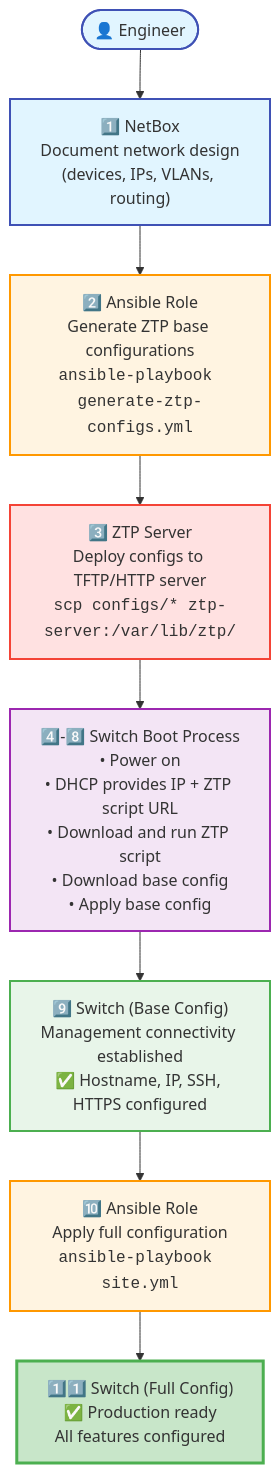
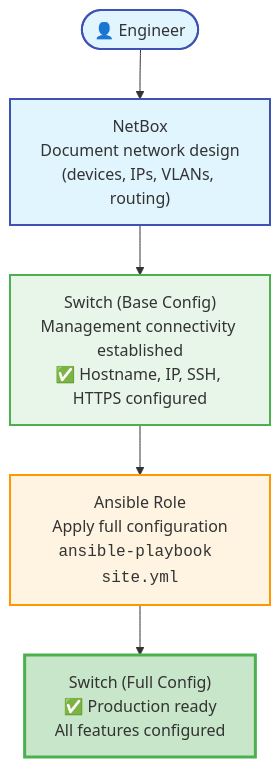
One commit to aopdal/ansible-role-aruba-cx-switch changed the second of 3 diagrams in docs/AUTOMATION_ECOSYSTEM.md. Above: the diagram before and after it, drawn with Mermaid. The commit also changed other lines of this file and 19 other files, not shown here.

````diff
--- a/docs/AUTOMATION_ECOSYSTEM.md
+++ b/docs/AUTOMATION_ECOSYSTEM.md
@@ -434,25 +340,16 @@
 ```mermaid
 graph TB
-    Start([👤 Engineer]) --> NB1["1️⃣ NetBox<br/>Document network design<br/>(devices, IPs, VLANs, routing)"]
+    Start([👤 Engineer]) --> NB1["NetBox<br/>Document network design<br/>(devices, IPs, VLANs, routing)"]
 
-    NB1 --> ANS1["2️⃣ Ansible Role<br/>Generate ZTP base configurations<br/><code>ansible-playbook generate-ztp-configs.yml</code>"]
+    NB1 --> SW2["Switch (Base Config)<br/>Management connectivity established<br/>✅ Hostname, IP, SSH, HTTPS configured"]
 
-    ANS1 --> ZTP1["3️⃣ ZTP Server<br/>Deploy configs to TFTP/HTTP server<br/><code>scp configs/* ztp-server:/var/lib/ztp/</code>"]
+    SW2 --> ANS2["Ansible Role<br/>Apply full configuration<br/><code>ansible-playbook site.yml</code>"]
 
-    ZTP1 --> SW1["4️⃣-8️⃣ Switch Boot Process<br/>• Power on<br/>• DHCP provides IP + ZTP script URL<br/>• Download and run ZTP script<br/>• Download base config<br/>• Apply base config"]
-
-    SW1 --> SW2["9️⃣ Switch (Base Config)<br/>Management connectivity established<br/>✅ Hostname, IP, SSH, HTTPS configured"]
-
-    SW2 --> ANS2["🔟 Ansible Role<br/>Apply full configuration<br/><code>ansible-playbook site.yml</code>"]
-
-    ANS2 --> SW3["1️⃣1️⃣ Switch (Full Config)<br/>✅ Production ready<br/>All features configured"]
+    ANS2 --> SW3["Switch (Full Config)<br/>✅ Production ready<br/>All features configured"]
 
     style Start fill:#e1f5ff,stroke:#3f51b5,stroke-width:2px
     style NB1 fill:#e1f5ff,stroke:#3f51b5,stroke-width:2px
-    style ANS1 fill:#fff4e1,stroke:#ff9800,stroke-width:2px
-    style ZTP1 fill:#ffe1e1,stroke:#f44336,stroke-width:2px
-    style SW1 fill:#f3e5f5,stroke:#9c27b0,stroke-width:2px
     style SW2 fill:#e8f5e9,stroke:#4caf50,stroke-width:2px
     style ANS2 fill:#fff4e1,stroke:#ff9800,stroke-width:2px
     style SW3 fill:#c8e6c9,stroke:#4caf50,stroke-width:3px
 ```
````
